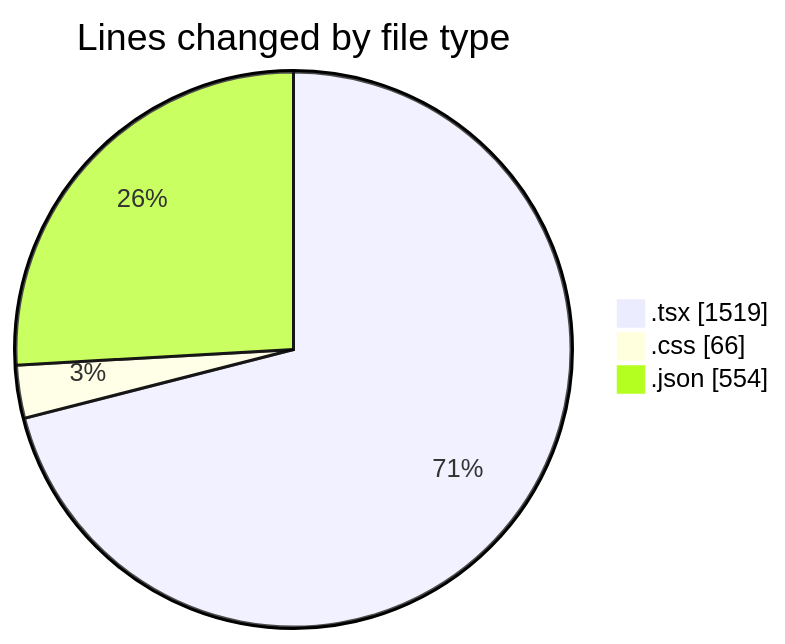
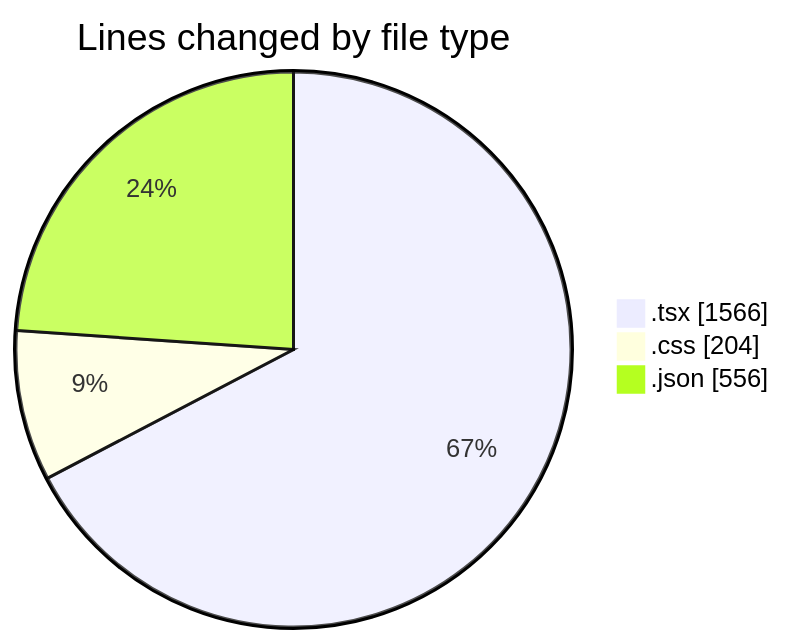
The first of 2 diagrams in 2025-08-04/tw-server/README.md (EIIisD/code-tracking), drawn with Mermaid before and after one commit. The commit also changed other lines of this file and 1 other file, not shown here.

````diff
--- a/2025-08-04/tw-server/README.md
+++ b/2025-08-04/tw-server/README.md
@@ -28,7 +28,7 @@
 ```mermaid
 pie showData
 title Lines changed by file type
-".tsx" : 1519
-".css" : 66
-".json" : 554
+".tsx" : 1566
+".css" : 204
+".json" : 556
 ```
````
